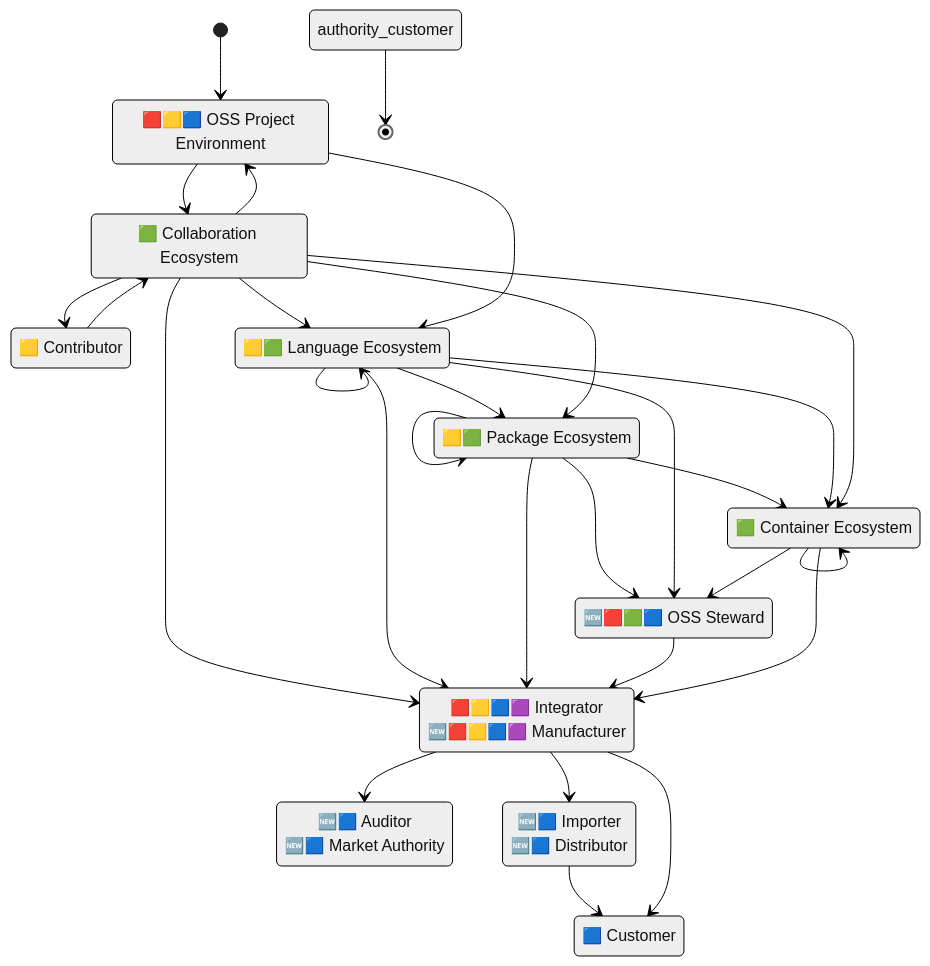
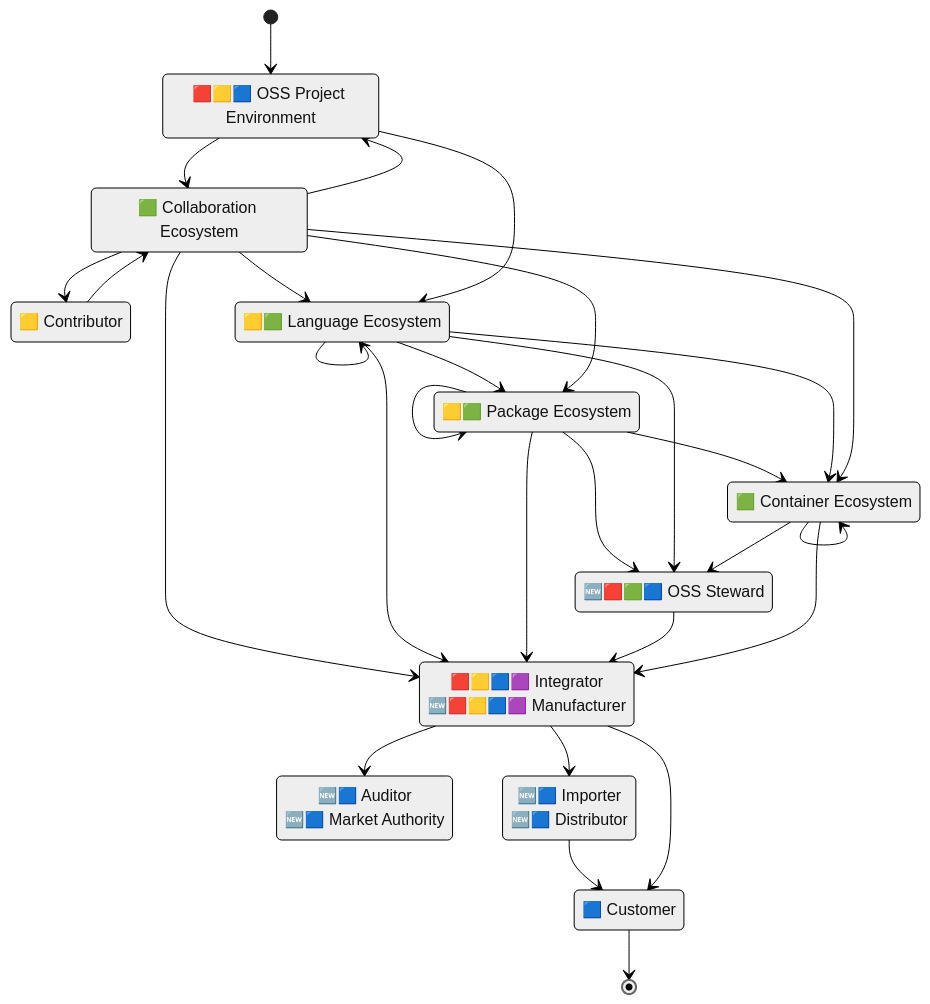
Before and after one commit to CPAN-Security/security.metacpan.org: the second of 5 diagrams in docs/supplychain-sbom.md, drawn with Mermaid (neutral theme). The commit also changed other lines of this file, not shown here.

Commit message:
Add [new] icons; Fix remaining renames

````diff
--- a/docs/supplychain-sbom.md
+++ b/docs/supplychain-sbom.md
@@ -133,48 +133,48 @@
 ```mermaid
 stateDiagram-v2
     direction TB
 
     state "🟥🟨🟦 OSS Project Environment" as environment_project
     state "🟨 Contributor" as environment_contributor
     state "🟩 Collaboration Ecosystem" as ecosystem_forge
     state "🟨🟩 Language Ecosystem" as ecosystem_lang
     state "🟨🟩 Package Ecosystem" as ecosystem_package
     state "🟩 Container Ecosystem" as ecosystem_container
     state "🆕🟥🟩🟦 OSS Steward" as ecosystem_steward
     state "🟥🟨🟦🟪 Integrator<br>🆕&zwj;🟥&zwj;🟨&zwj;🟦&zwj;🟪&nbsp;Manufacturer" as environment_integrator
     state "🆕🟦 Auditor<br>🆕🟦 Market Authority" as authority_auditor
     state "🆕🟦 Importer<br>🆕🟦 Distributor" as environment_market
     state "🟦 Customer" as environment_customer
 
     [*]                      --> environment_project
     ecosystem_forge          --> environment_project
     ecosystem_forge          --> environment_contributor
     ecosystem_forge          --> ecosystem_lang
     environment_project      --> ecosystem_forge
     environment_project      --> ecosystem_lang
     environment_contributor  --> ecosystem_forge
     ecosystem_lang           --> ecosystem_package
     ecosystem_forge          --> ecosystem_package
     ecosystem_lang           --> ecosystem_lang
     ecosystem_package        --> ecosystem_container
     ecosystem_forge          --> environment_integrator
     ecosystem_lang           --> environment_integrator
     ecosystem_lang           --> ecosystem_container
     ecosystem_forge          --> ecosystem_container
     ecosystem_package        --> environment_integrator
     ecosystem_package        --> ecosystem_steward
     ecosystem_lang           --> ecosystem_steward
     ecosystem_package        --> ecosystem_package
     ecosystem_container      --> ecosystem_steward
     ecosystem_steward        --> environment_integrator
     ecosystem_container      --> ecosystem_container
     ecosystem_container      --> environment_integrator
     environment_integrator   --> authority_auditor
     environment_integrator   --> environment_market
-    environment_market   --> environment_customer
+    environment_market       --> environment_customer
     environment_integrator   --> environment_customer
-    authority_customer       --> [*]
+    environment_customer     --> [*]
 
     %% Copyright © 2025 Salve J. Nilsen <sjn@oslo.pm>
     %% Some rights reserved. Licensed CC-BY-SA-4.0
 ```
````
